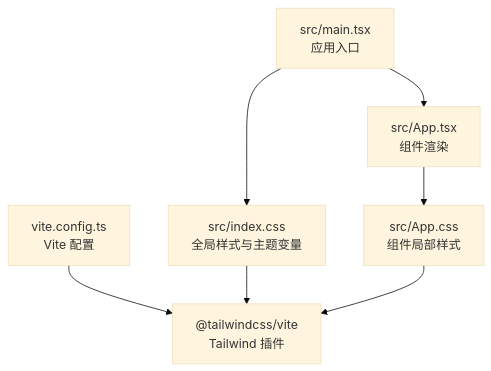
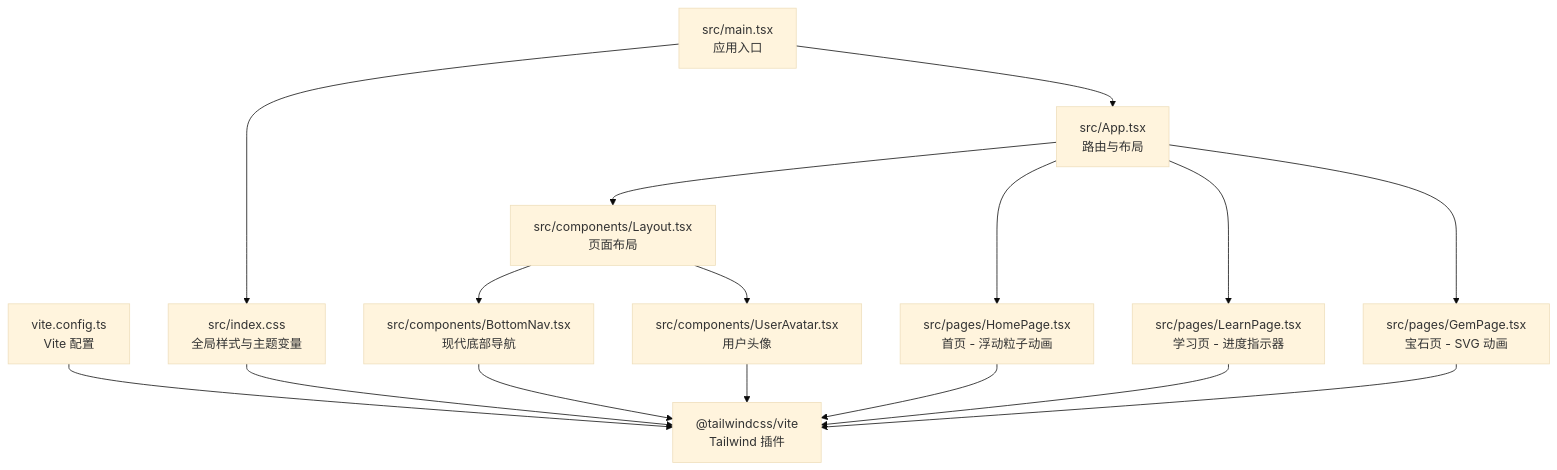
Before and after one commit to wudeng2005/rainbow-learning: the first of 8 diagrams in .qoder/repowiki/zh/content/样式系统.md, drawn with Mermaid (base theme). The commit also changed other lines of this file and 55 other files, not shown here.

````diff
--- a/.qoder/repowiki/zh/content/样式系统.md
+++ b/.qoder/repowiki/zh/content/样式系统.md
@@ -42,9 +54,18 @@
 ```mermaid
 graph TB
 A["src/main.tsx<br/>应用入口"] --> B["src/index.css<br/>全局样式与主题变量"]
-A --> C["src/App.tsx<br/>组件渲染"]
-C --> D["src/App.css<br/>组件局部样式"]
-E["vite.config.ts<br/>Vite 配置"] --> F["@tailwindcss/vite<br/>Tailwind 插件"]
-B --> F
-D --> F
+A --> C["src/App.tsx<br/>路由与布局"]
+C --> D["src/components/Layout.tsx<br/>页面布局"]
+D --> E["src/components/BottomNav.tsx<br/>现代底部导航"]
+D --> F["src/components/UserAvatar.tsx<br/>用户头像"]
+C --> G["src/pages/HomePage.tsx<br/>首页 - 浮动粒子动画"]
+C --> H["src/pages/LearnPage.tsx<br/>学习页 - 进度指示器"]
+C --> I["src/pages/GemPage.tsx<br/>宝石页 - SVG 动画"]
+J["vite.config.ts<br/>Vite 配置"] --> K["@tailwindcss/vite<br/>Tailwind 插件"]
+B --> K
+E --> K
+F --> K
+G --> K
+H --> K
+I --> K
 ```
````
